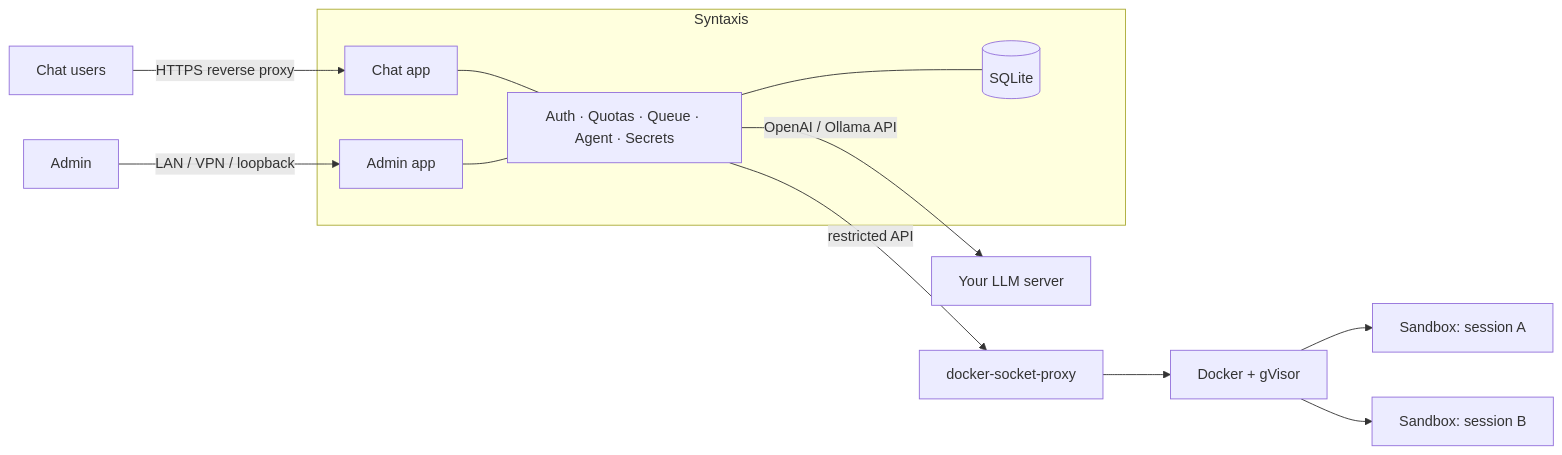
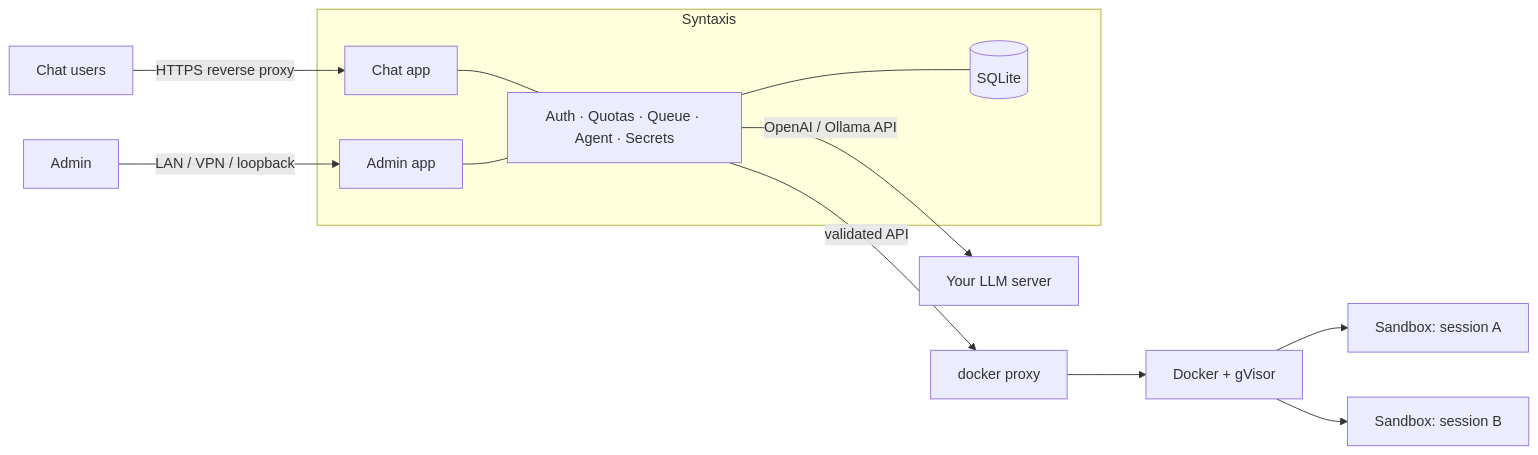
One commit to kolonuk/syntaxis changed the diagram in docs/architecture.md. Above: the diagram before and after it, drawn with Mermaid. The commit also changed other lines of this file and 13 other files, not shown here.

First line of the commit message:
feat(security): validating Docker API proxy replaces the generic socket proxy

````diff
--- a/docs/architecture.md
+++ b/docs/architecture.md
@@ -5,15 +5,15 @@
 ```mermaid
 flowchart LR
   U[Chat users] -->|HTTPS reverse proxy| CH[Chat app]
   A[Admin] -->|LAN / VPN / loopback| AD[Admin app]
   subgraph syntaxis[Syntaxis]
     CH --- CORE[Auth · Quotas · Queue · Agent · Secrets]
     AD --- CORE
     CORE --- DB[(SQLite)]
   end
   CORE -->|OpenAI / Ollama API| LLM[Your LLM server]
-  CORE -->|restricted API| SP[docker-socket-proxy]
+  CORE -->|validated API| SP[docker proxy]
   SP --> D[Docker + gVisor]
   D --> S1[Sandbox: session A]
   D --> S2[Sandbox: session B]
 ```
````
